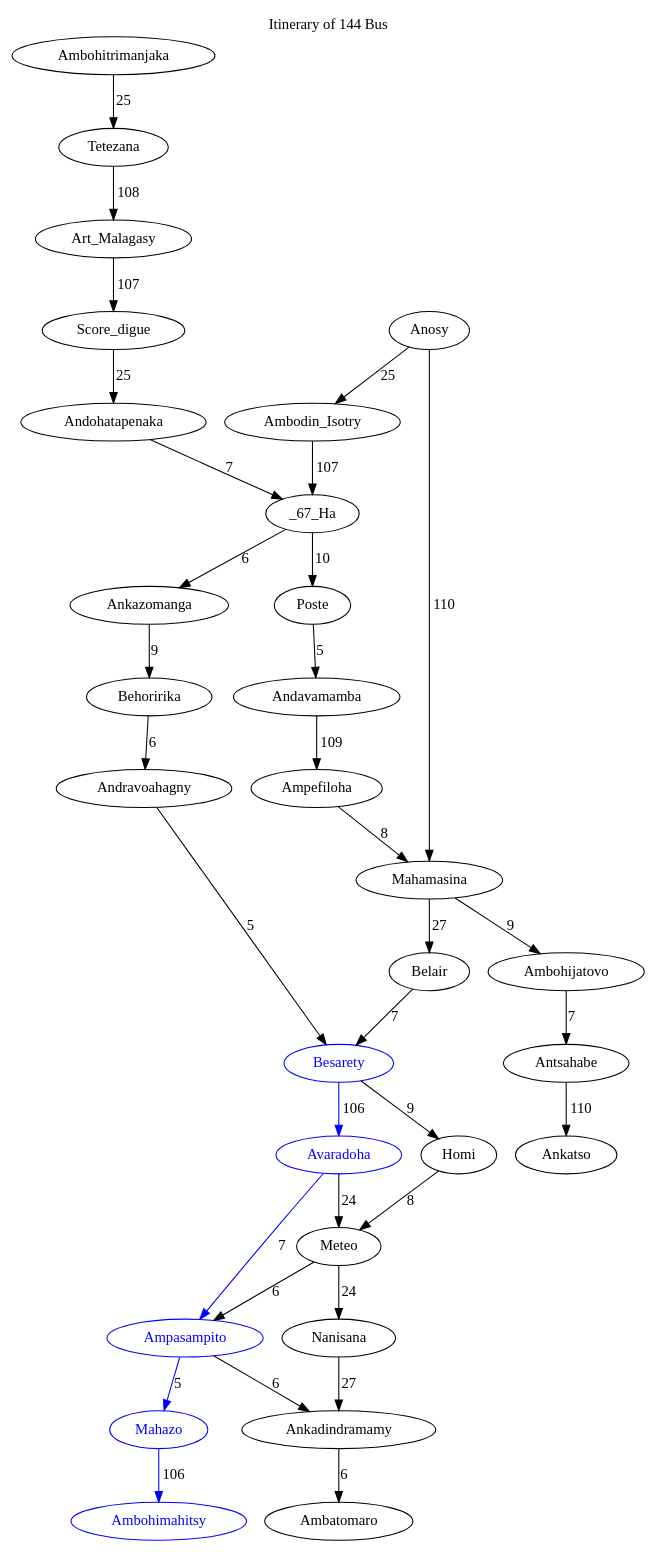
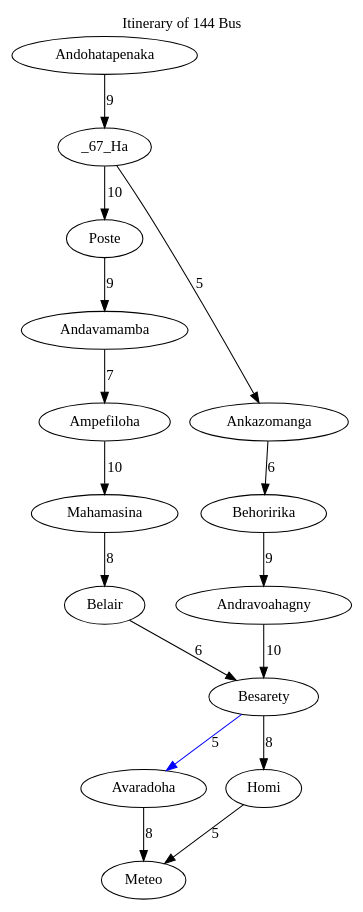
Before and after one commit to Online13/bus-path-finding: the diagram in out/bus_144.gv, drawn with Graphviz. The commit also changed 10 other files, not shown here.

```diff
--- a/out/bus_144.gv
+++ b/out/bus_144.gv
@@ -1,75 +1,17 @@
 digraph G {
-	labelloc="t"	label="Itinerary of 144 Bus"	Ambodin_Isotry -> _67_Ha [weight=107, label="107"];
-	Art_Malagasy -> Score_digue [weight=107, label="107"];
-	Antsahabe -> Ankatso [weight=110, label="110"];
-	Andavamamba -> Ampefiloha [weight=109, label="109"];
-	Ampefiloha -> Mahamasina [weight=8, label="8"];
+	labelloc="t"	label="Itinerary of 144 Bus"	Andavamamba -> Ampefiloha [weight=7, label="7"];
+	Ampefiloha -> Mahamasina [weight=10, label="10"];
 	_67_Ha -> Poste [weight=10, label="10"];
-	Meteo -> Ampasampito [weight=6, label="6"];
-	Andohatapenaka -> _67_Ha [weight=7, label="7"];
-	Meteo -> Nanisana [weight=24, label="24"];
-	Mahamasina -> Belair [weight=27, label="27"];
-	Ankazomanga -> Behoririka [weight=9, label="9"];
-	Andravoahagny -> Besarety [weight=5, label="5"];
-	Besarety -> Avaradoha [color="blue", weight=106, label="106"];
-	Ambohitrimanjaka -> Tetezana [weight=25, label="25"];
-	Homi -> Meteo [weight=8, label="8"];
-	Ampasampito -> Mahazo [color="blue", weight=5, label="5"];
-	Besarety -> Homi [weight=9, label="9"];
-	Tetezana -> Art_Malagasy [weight=108, label="108"];
-	Ampasampito -> Ankadindramamy [weight=6, label="6"];
-	Poste -> Andavamamba [weight=5, label="5"];
-	_67_Ha -> Ankazomanga [weight=6, label="6"];
-	Behoririka -> Andravoahagny [weight=6, label="6"];
-	Score_digue -> Andohatapenaka [weight=25, label="25"];
-	Mahamasina -> Ambohijatovo [weight=9, label="9"];
-	Anosy -> Mahamasina [weight=110, label="110"];
-	Ankadindramamy -> Ambatomaro [weight=6, label="6"];
-	Mahazo -> Ambohimahitsy [color="blue", weight=106, label="106"];
-	Anosy -> Ambodin_Isotry [weight=25, label="25"];
-	Belair -> Besarety [weight=7, label="7"];
-	Avaradoha -> Meteo [weight=24, label="24"];
-	Ambohijatovo -> Antsahabe [weight=7, label="7"];
-	Avaradoha -> Ampasampito [color="blue", weight=7, label="7"];
-	Nanisana -> Ankadindramamy [weight=27, label="27"];
-	Andohatapenaka;
-	Ambohitrimanjaka;
-	_67_Ha;
-	Art_Malagasy;
-	Tetezana;
-	Score_digue;
-	Poste;
-	Ampefiloha;
-	_67_Ha;
-	Mahamasina;
-	Andavamamba;
-	Ankatso;
-	Ambohijatovo;
-	Antsahabe;
-	Besarety [color="blue", fontcolor="blue"];
-	Meteo;
-	Nanisana;
-	Mahamasina;
-	Ambatomaro;
-	Avaradoha [color="blue", fontcolor="blue"];
-	Anosy;
-	Belair;
-	Ankadindramamy;
-	Besarety [color="blue", fontcolor="blue"];
-	Meteo;
-	Andravoahagny;
-	Behoririka;
-	_67_Ha;
-	Ambodin_Isotry;
-	Ambatomaro;
-	Anosy;
-	Ankazomanga;
-	Homi;
-	Ampasampito [color="blue", fontcolor="blue"];
-	Ankadindramamy;
-	Besarety [color="blue", fontcolor="blue"];
-	Avaradoha [color="blue", fontcolor="blue"];
-	Ambohimahitsy [color="blue", fontcolor="blue"];
-	Mahazo [color="blue", fontcolor="blue"];
-	Ampasampito [color="blue", fontcolor="blue"];
+	Andohatapenaka -> _67_Ha [weight=9, label="9"];
+	Mahamasina -> Belair [weight=8, label="8"];
+	Ankazomanga -> Behoririka [weight=6, label="6"];
+	Andravoahagny -> Besarety [weight=10, label="10"];
+	Besarety -> Avaradoha [color="blue", weight=5, label="5"];
+	Homi -> Meteo [weight=5, label="5"];
+	Besarety -> Homi [weight=8, label="8"];
+	Poste -> Andavamamba [weight=9, label="9"];
+	_67_Ha -> Ankazomanga [weight=5, label="5"];
+	Behoririka -> Andravoahagny [weight=9, label="9"];
+	Belair -> Besarety [weight=6, label="6"];
+	Avaradoha -> Meteo [weight=8, label="8"];
 }
```
